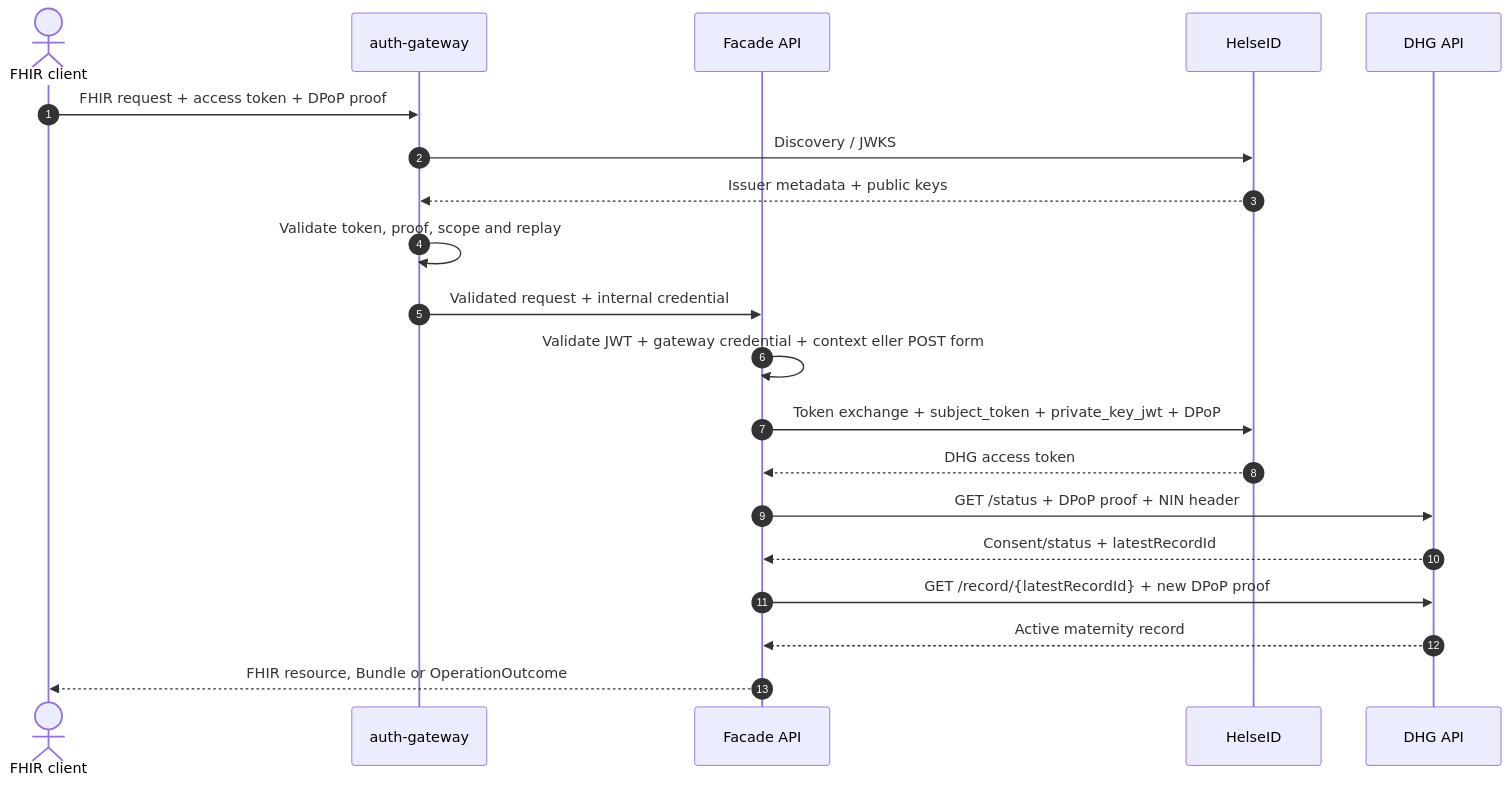
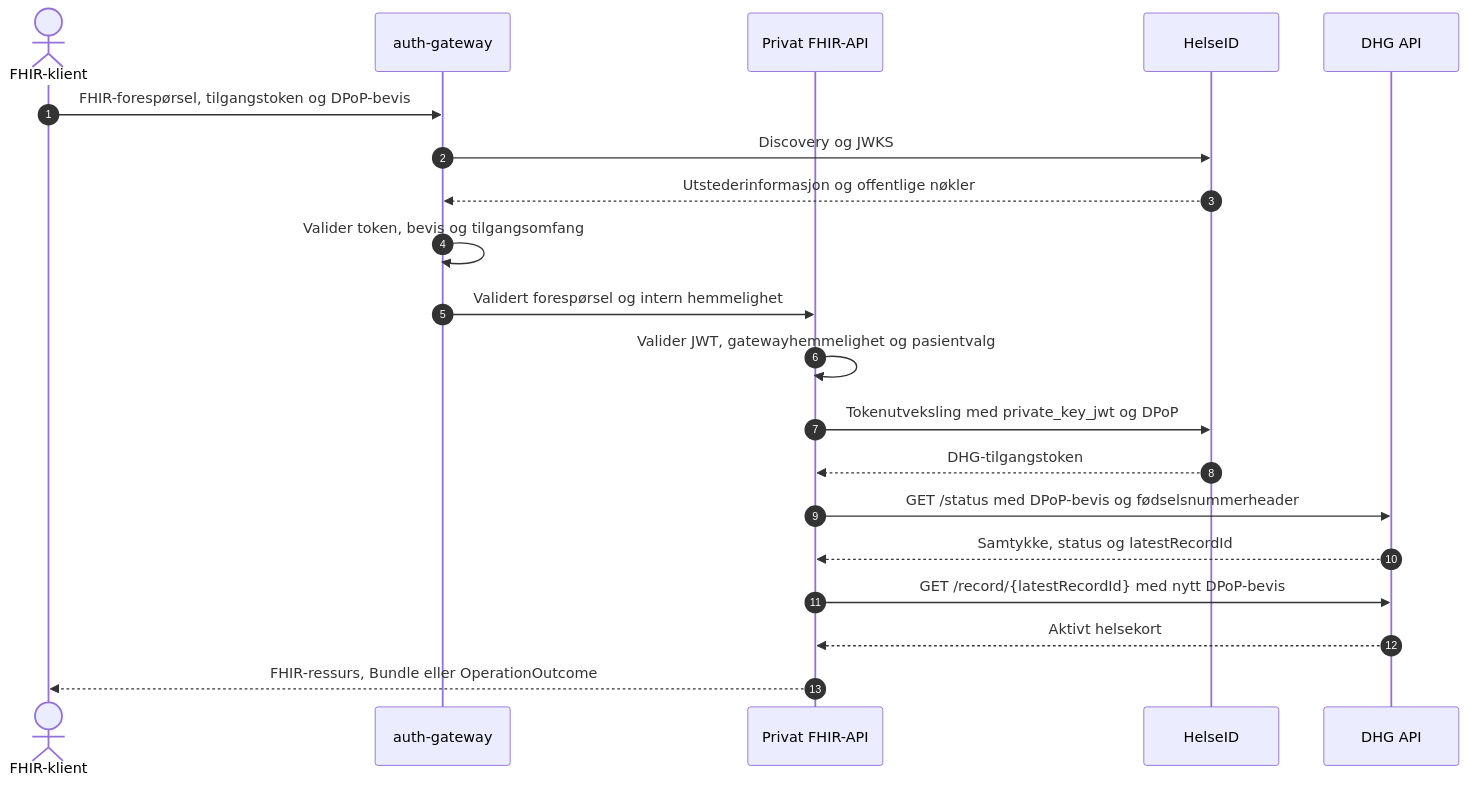
One commit to helgaarm/FhirGravidAPI changed the diagram in docs/helseid-setup.md. Above: the diagram before and after it, drawn with Mermaid. The commit also changed other lines of this file and 17 other files, not shown here.

````diff
--- a/docs/helseid-setup.md
+++ b/docs/helseid-setup.md
@@ -22,23 +23,23 @@
 ```mermaid
 sequenceDiagram
     autonumber
-    actor Client as FHIR client
+    actor Client as FHIR-klient
     participant Gateway as auth-gateway
-    participant Api as Facade API
+    participant Api as Privat FHIR-API
     participant HelseID as HelseID
     participant DHG as DHG API
 
-    Client->>Gateway: FHIR request + access token + DPoP proof
-    Gateway->>HelseID: Discovery / JWKS
-    HelseID-->>Gateway: Issuer metadata + public keys
-    Gateway->>Gateway: Validate token, proof, scope and replay
-    Gateway->>Api: Validated request + internal credential
-    Api->>Api: Validate JWT + gateway credential + context eller POST form
-    Api->>HelseID: Token exchange + subject_token + private_key_jwt + DPoP
-    HelseID-->>Api: DHG access token
-    Api->>DHG: GET /status + DPoP proof + NIN header
-    DHG-->>Api: Consent/status + latestRecordId
-    Api->>DHG: GET /record/{latestRecordId} + new DPoP proof
-    DHG-->>Api: Active maternity record
-    Api-->>Client: FHIR resource, Bundle or OperationOutcome
+    Client->>Gateway: FHIR-forespørsel, tilgangstoken og DPoP-bevis
+    Gateway->>HelseID: Discovery og JWKS
+    HelseID-->>Gateway: Utstederinformasjon og offentlige nøkler
+    Gateway->>Gateway: Valider token, bevis og tilgangsomfang
+    Gateway->>Api: Validert forespørsel og intern hemmelighet
+    Api->>Api: Valider JWT, gatewayhemmelighet og pasientvalg
+    Api->>HelseID: Tokenutveksling med private_key_jwt og DPoP
+    HelseID-->>Api: DHG-tilgangstoken
+    Api->>DHG: GET /status med DPoP-bevis og fødselsnummerheader
+    DHG-->>Api: Samtykke, status og latestRecordId
+    Api->>DHG: GET /record/{latestRecordId} med nytt DPoP-bevis
+    DHG-->>Api: Aktivt helsekort
+    Api-->>Client: FHIR-ressurs, Bundle eller OperationOutcome
 ```
````
